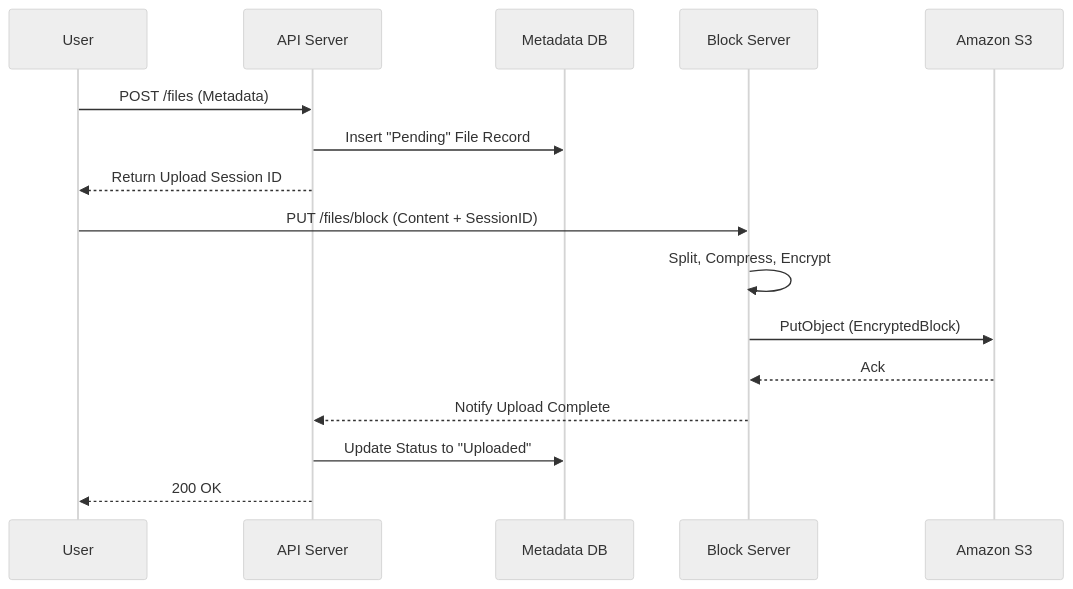
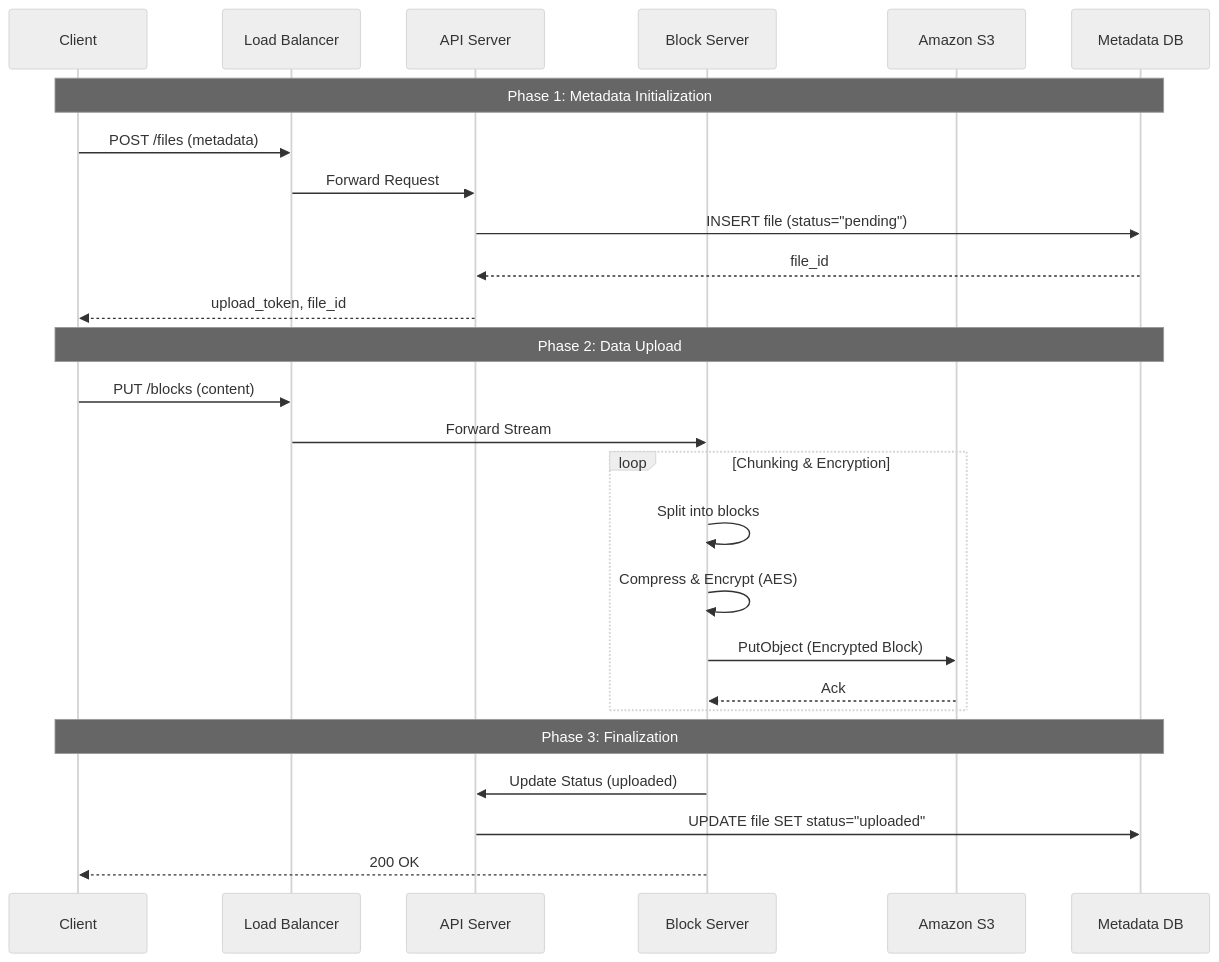
The third of 25 diagrams in docs/experimento/gemini/LLMArchitecture-1.md (paulocer/DesignGoogleDrive), drawn with Mermaid (neutral theme) before and after one commit. The commit also changed other lines of this file and 1 other file, not shown here.

````diff
--- a/docs/experimento/gemini/LLMArchitecture-1.md
+++ b/docs/experimento/gemini/LLMArchitecture-1.md
@@ -156,20 +179,31 @@
 ```mermaid
 sequenceDiagram
-    participant User
+    participant Client
+    participant LB as Load Balancer
     participant API as API Server
-    participant DB as Metadata DB
     participant Block as Block Server
     participant S3 as Amazon S3
+    participant DB as Metadata DB
 
-    User->>API: POST /files (Metadata)
-    API->>DB: Insert "Pending" File Record
-    API-->>User: Return Upload Session ID
+    Note over Client, DB: Phase 1: Metadata Initialization
+    Client->>LB: POST /files (metadata)
+    LB->>API: Forward Request
+    API->>DB: INSERT file (status="pending")
+    DB-->>API: file_id
+    API-->>Client: upload_token, file_id
 
-    User->>Block: PUT /files/block (Content + SessionID)
-    Block->>Block: Split, Compress, Encrypt
-    Block->>S3: PutObject (EncryptedBlock)
-    S3-->>Block: Ack
-    Block-->>API: Notify Upload Complete
-    API->>DB: Update Status to "Uploaded"
-    API-->>User: 200 OK
+    Note over Client, DB: Phase 2: Data Upload
+    Client->>LB: PUT /blocks (content)
+    LB->>Block: Forward Stream
+    loop Chunking & Encryption
+        Block->>Block: Split into blocks
+        Block->>Block: Compress & Encrypt (AES)
+        Block->>S3: PutObject (Encrypted Block)
+        S3-->>Block: Ack
+    end
+
+    Note over Client, DB: Phase 3: Finalization
+    Block->>API: Update Status (uploaded)
+    API->>DB: UPDATE file SET status="uploaded"
+    Block-->>Client: 200 OK
 ```
````
